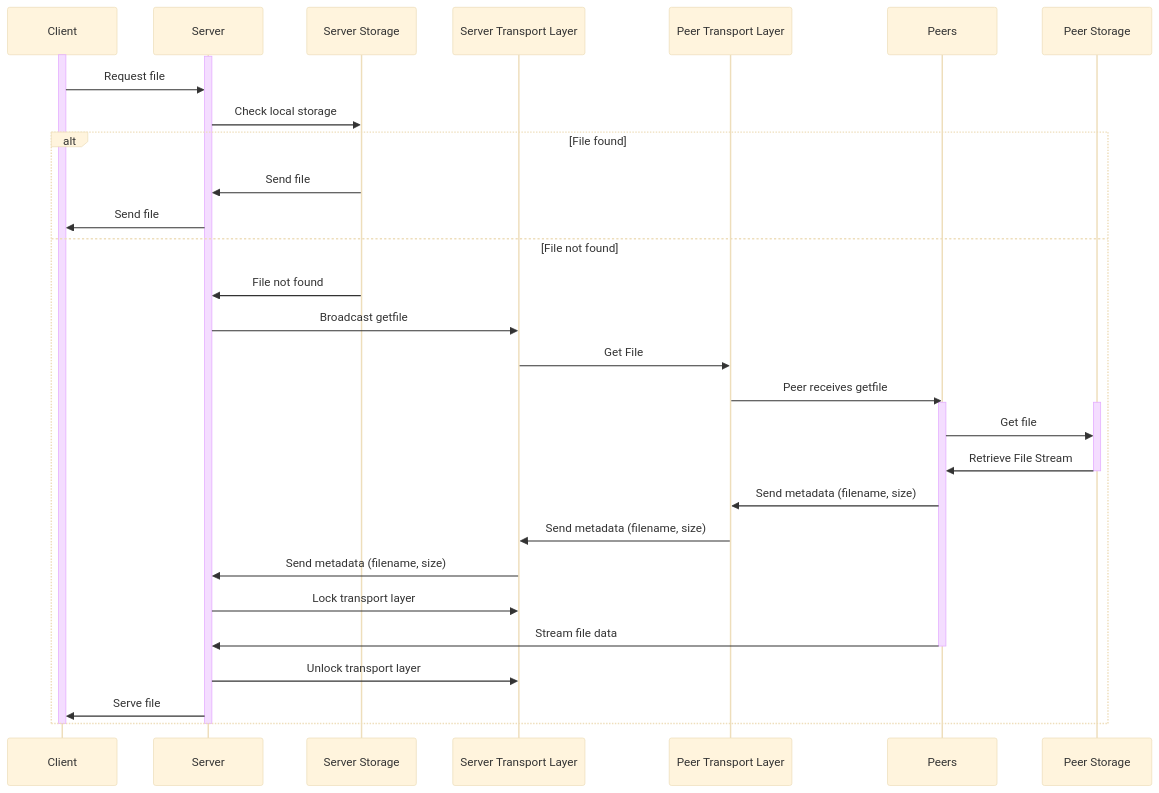
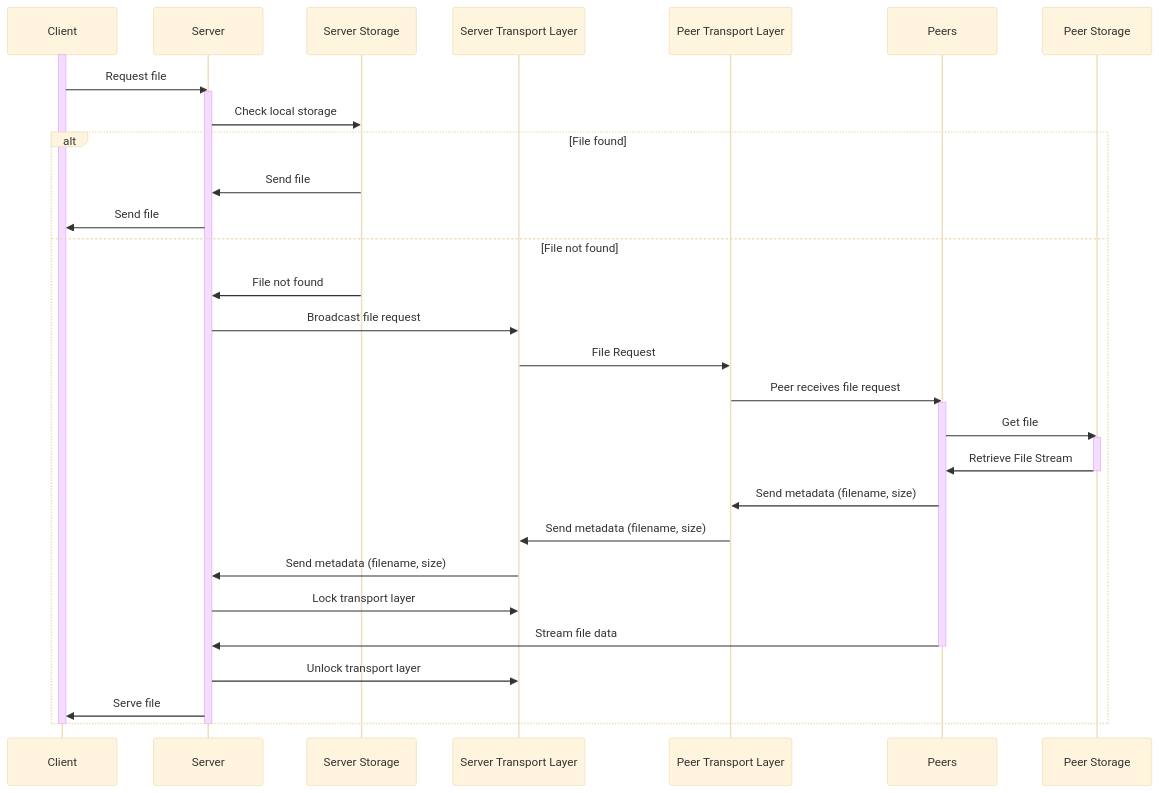
The second of 3 diagrams in README.md (TamimEhsan/go-dfs), drawn with Mermaid (base theme) before and after one commit. The commit also changed other lines of this file, not shown here.

Commit message:
Add peer discovery seq diagram

````diff
--- a/README.md
+++ b/README.md
@@ -71,40 +75,43 @@
 ```mermaid
 sequenceDiagram
     participant Client
     participant Server
     participant Store1 as Server Storage
     participant TL1 as Server Transport Layer
     participant TL2 as Peer Transport Layer
     participant Peer as Peers
     participant Store2 as Peer Storage
 
     activate Client
+    
+    Client->>Server: Request file
     activate Server
-    Client->>Server: Request file
     Server->>Store1: Check local storage
+    
     alt File found
         Store1->>Server: Send file
         Server->>Client: Send file
     else File not found
         Store1->>Server: File not found
-        Server->>TL1: Broadcast getfile
-        TL1->>TL2: Get File
-        TL2->>Peer: Peer receives getfile
+        Server->>TL1: Broadcast file request
+        TL1->>TL2: File Request
+        TL2->>Peer: Peer receives file request
 
         activate Peer
+       
+        Peer->>Store2: Get file 
         activate Store2
-        Peer->>Store2: Get file 
         Store2->>Peer: Retrieve File Stream
         deactivate Store2
         Peer->>TL2: Send metadata (filename, size)
         TL2->>TL1: Send metadata (filename, size)
         TL1->>Server: Send metadata (filename, size)
         Server->>TL1: Lock transport layer
         Peer->>Server: Stream file data
         deactivate Peer
         Server->>TL1: Unlock transport layer
         Server->>Client: Serve file
     end
     deactivate Server
     deactivate Client
 ```
````
